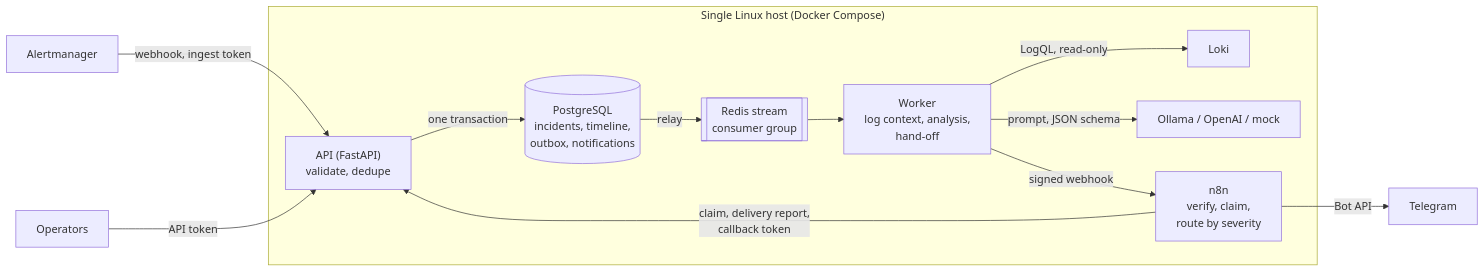
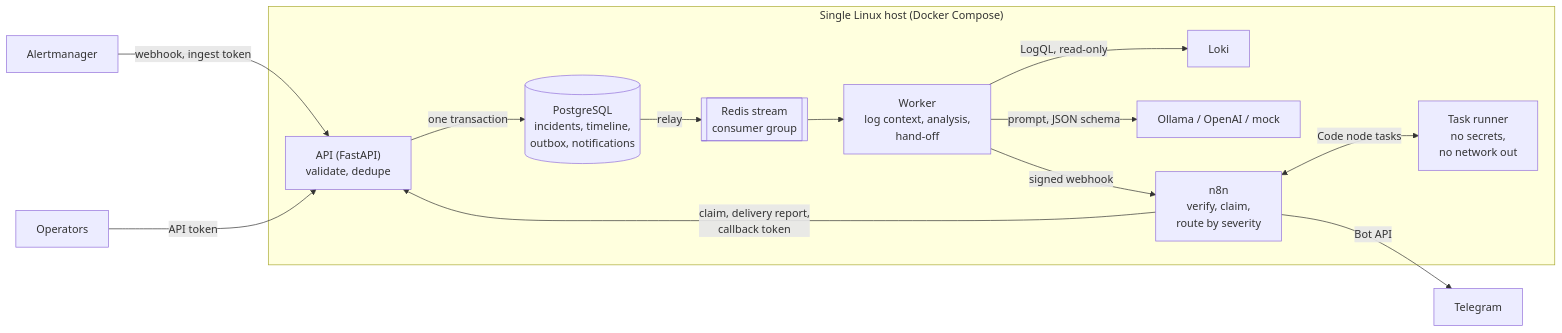
Before and after one commit to ali-fakhrabadi/aiops-n8n-incident-engine: the first of 2 diagrams in README.md, drawn with Mermaid. The commit also changed other lines of this file and 6 other files, not shown here.

First line of the commit message:
feat(n8n): run Code nodes in a separate task-runner container

````diff
--- a/README.md
+++ b/README.md
@@ -30,15 +30,16 @@
 ```mermaid
 flowchart LR
     am["Alertmanager"] -->|webhook, ingest token| api
     subgraph host["Single Linux host (Docker Compose)"]
         api["API (FastAPI)<br/>validate, dedupe"] -->|one transaction| pg[("PostgreSQL<br/>incidents, timeline,<br/>outbox, notifications")]
         pg -->|relay| q[["Redis stream<br/>consumer group"]]
         q --> worker["Worker<br/>log context, analysis,<br/>hand-off"]
         worker -->|LogQL, read-only| loki["Loki"]
         worker -->|prompt, JSON schema| llm["Ollama / OpenAI / mock"]
         worker -->|signed webhook| n8n["n8n<br/>verify, claim,<br/>route by severity"]
         n8n -->|claim, delivery report,<br/>callback token| api
+        n8n <-->|Code node tasks| runners["Task runner<br/>no secrets,<br/>no network out"]
     end
     n8n -->|Bot API| tg["Telegram"]
     ops["Operators"] -->|API token| api
 ```
````
